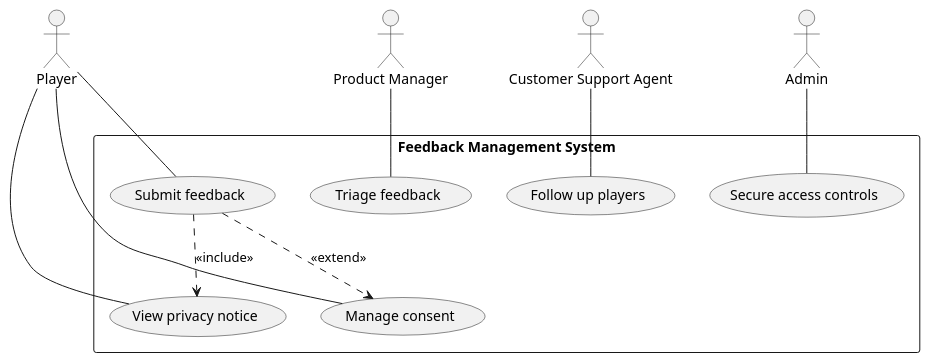
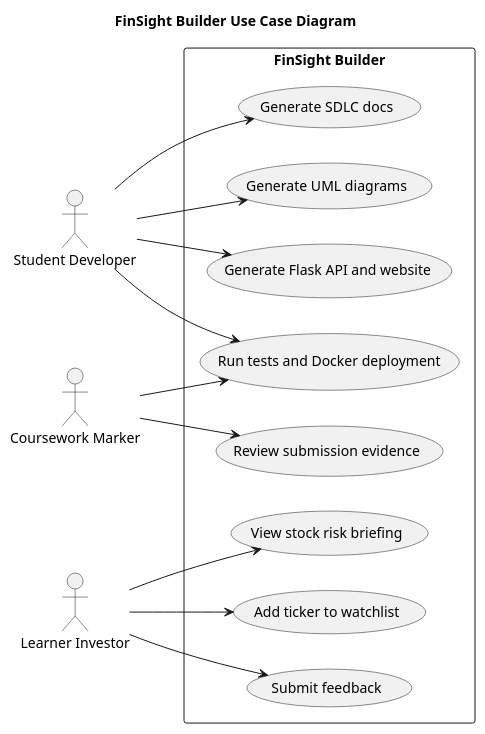
Before and after one commit to AI-XJTLU/FinSight-Builder: the diagram in Task1/artifacts/diagrams/use_case_diagram.puml, drawn with PlantUML. The commit also changed 3 other files, not shown here.

Commit message:
Add generated UML diagram artifacts

```diff
--- a/Task1/artifacts/diagrams/use_case_diagram.puml
+++ b/Task1/artifacts/diagrams/use_case_diagram.puml
@@ -1,28 +1,26 @@
 @startuml
-actor Player
-actor "Product Manager" as ProductManager
-actor "Customer Support Agent" as CustomerSupportAgent
-actor Admin
-
-rectangle "Feedback Management System" {
-  usecase "Submit feedback" as UC_SubmitFeedback
-  usecase "View privacy notice" as UC_ViewPrivacy
-  usecase "Manage consent" as UC_ManageConsent
-  usecase "Triage feedback" as UC_TriageFeedback
-  usecase "Follow up players" as UC_FollowUpPlayers
-  usecase "Secure access controls" as UC_SecureAccess
+left to right direction
+title FinSight Builder Use Case Diagram
+actor "Student Developer" as Developer
+actor "Learner Investor" as Learner
+actor "Coursework Marker" as Marker
+rectangle "FinSight Builder" {
+  usecase "Generate SDLC docs" as UC1
+  usecase "Generate UML diagrams" as UC2
+  usecase "Generate Flask API and website" as UC3
+  usecase "View stock risk briefing" as UC4
+  usecase "Add ticker to watchlist" as UC5
+  usecase "Submit feedback" as UC6
+  usecase "Run tests and Docker deployment" as UC7
+  usecase "Review submission evidence" as UC8
 }
-
-Player -- UC_SubmitFeedback
-Player -- UC_ViewPrivacy
-Player -- UC_ManageConsent
-
-ProductManager -- UC_TriageFeedback
-
-CustomerSupportAgent -- UC_FollowUpPlayers
-
-Admin -- UC_SecureAccess
-
-UC_SubmitFeedback ..> UC_ViewPrivacy : <<include>>
-UC_SubmitFeedback ..> UC_ManageConsent : <<extend>>
+Developer --> UC1
+Developer --> UC2
+Developer --> UC3
+Developer --> UC7
+Learner --> UC4
+Learner --> UC5
+Learner --> UC6
+Marker --> UC8
+Marker --> UC7
 @enduml
```
